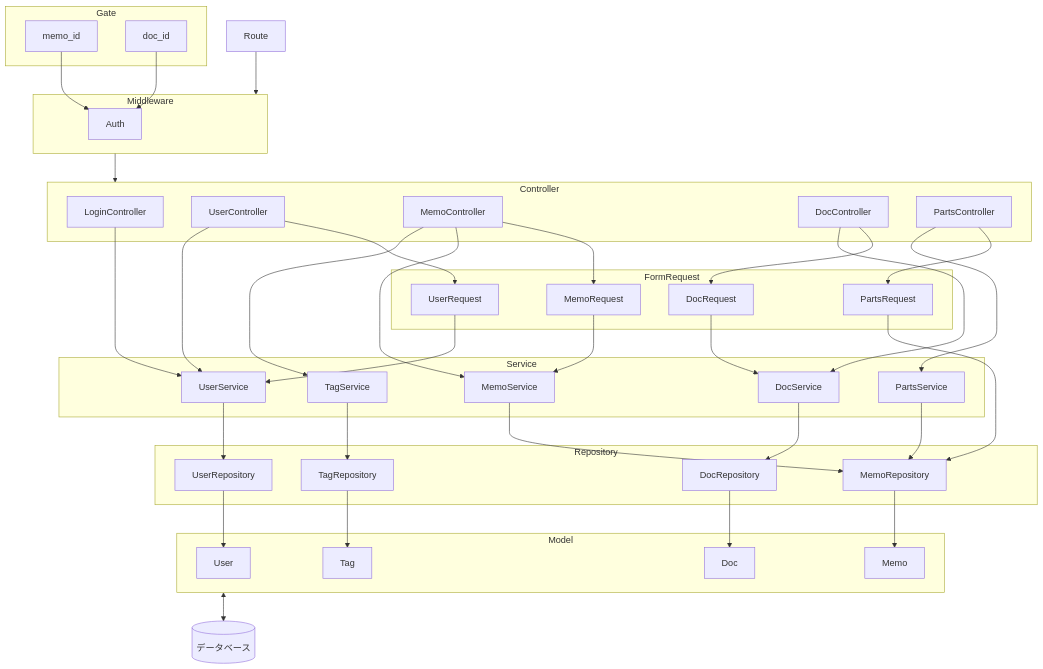
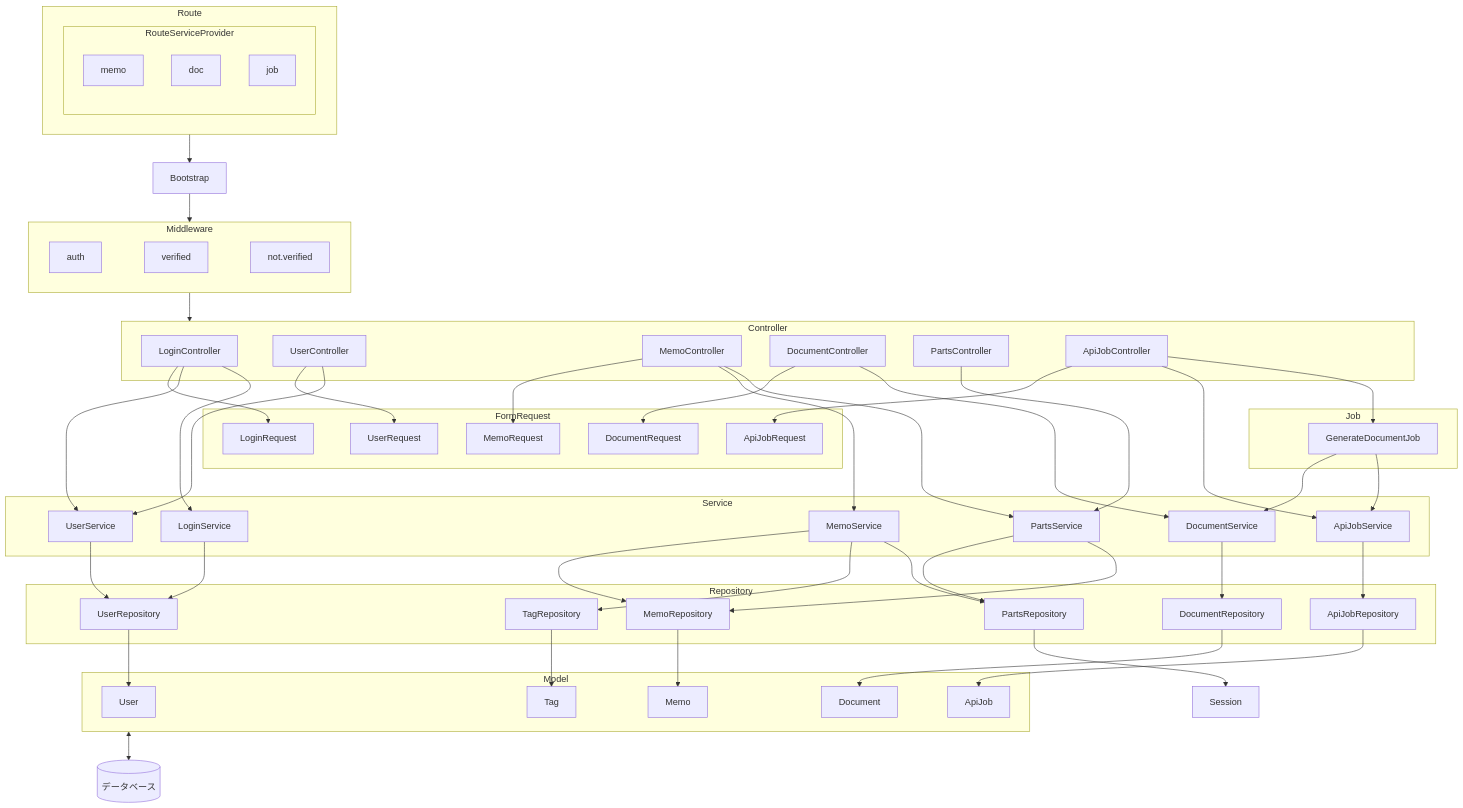
One commit to joyrswd/memodoc changed the diagram in doc/class.md. Above: the diagram before and after it, drawn with Mermaid. The commit also changed other lines of this file and 5 other files, not shown here.

````diff
--- a/doc/class.md
+++ b/doc/class.md
@@ -2,54 +2,83 @@
 ```mermaid
 graph TB
-    Route
+    
+    subgraph Route
+        subgraph RouteServiceProvider
+            memo
+            doc
+            job
+        end
+    end
     subgraph Middleware
-        Auth
-    end
-    subgraph Gate
-        memo_id  --> Auth
-        doc_id  --> Auth
+        auth
+        ~~~verified
+        ~~~not.verified
     end
     subgraph Model
         User
         Memo
         Tag
-        Doc
+        Document
+        ApiJob
     end
     subgraph Repository
         UserRepository --> User
         MemoRepository --> Memo
         TagRepository --> Tag
-        DocRepository --> Doc
+        DocumentRepository --> Document
+        PartsRepository
+        ApiJobRepository --> ApiJob
     end
     subgraph Service
-        UserService --> UserRepository
-        MemoService --> MemoRepository
-        TagService --> TagRepository
-        DocService --> DocRepository
+        UserService
+        MemoService
+        DocumentService
         PartsService
+        ApiJobService
+        LoginService
     end
     subgraph FormRequest
-        UserRequest --> UserService
-        MemoRequest --> MemoService
-        DocRequest --> DocService
-        PartsRequest
+        LoginRequest
+        UserRequest
+        MemoRequest
+        DocumentRequest
+        ApiJobRequest
     end
     subgraph Controller
-        LoginController
+        LoginController --> LoginRequest
         UserController --> UserRequest
         MemoController --> MemoRequest
-        DocController --> DocRequest
-        PartsController --> PartsRequest
+        DocumentController --> DocumentRequest
+        PartsController
+        ApiJobController --> ApiJobRequest
+    end
+    subgraph Job
+        GenerateDocumentJob
     end
     DB[(データベース)]
     Model <--> DB
-    Route --> Middleware --> Controller
+    Route --> Bootstrap --> Middleware --> Controller
+    PartsRepository --> Session
+
     LoginController --> UserService 
+    LoginController --> LoginService
     UserController --> UserService
     MemoController --> MemoService
-    MemoController --> TagService
-    DocController --> DocService
+    MemoController --> PartsService
+    DocumentController --> DocumentService
     PartsController --> PartsService
+    ApiJobController --> ApiJobService
+    ApiJobController --> GenerateDocumentJob
+
+    UserService --> UserRepository
+    LoginService --> UserRepository
+    MemoService --> MemoRepository
+    MemoService --> TagRepository
+    MemoService --> PartsRepository
+    PartsService --> PartsRepository
     PartsService --> MemoRepository
-    PartsRequest --> MemoRepository
+    ApiJobService --> ApiJobRepository
+    DocumentService --> DocumentRepository
+    GenerateDocumentJob --> DocumentService
+    GenerateDocumentJob --> ApiJobService
 ```
````
